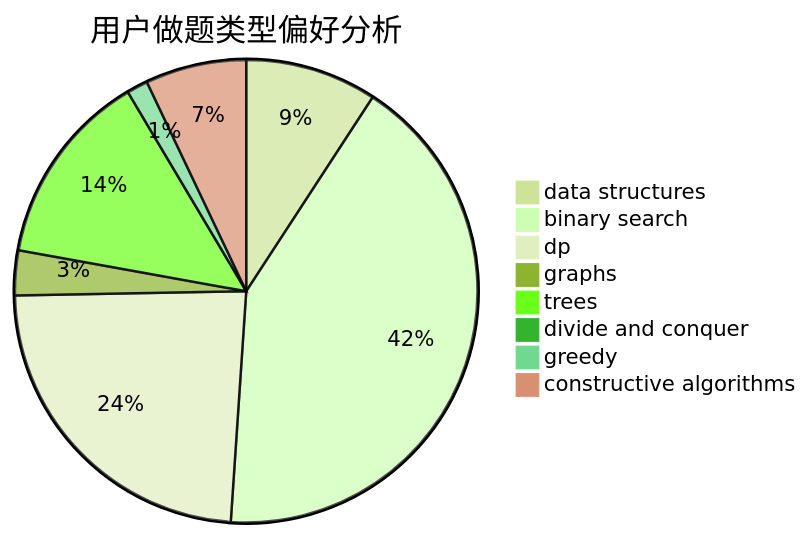
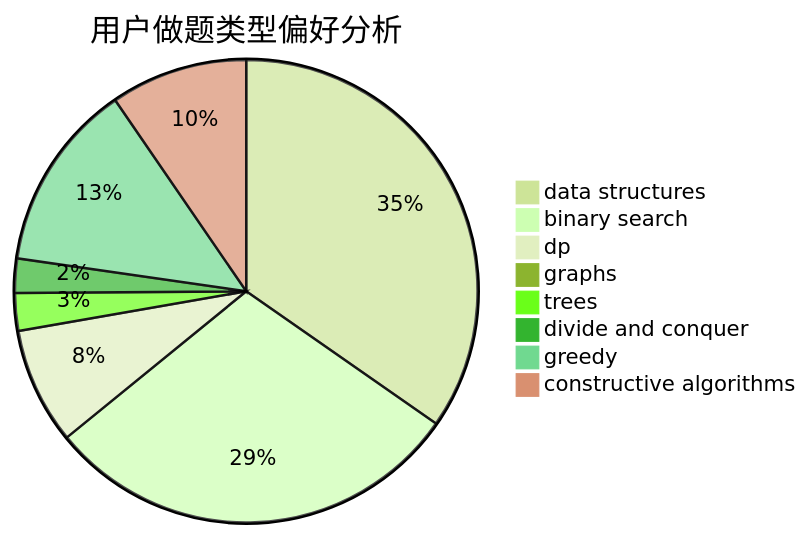
The second of 3 diagrams in docs/user/u2514.md (sherpahu/cfrs.github.io), drawn with Mermaid (forest theme) before and after one commit. The commit also changed other lines of this file and 2770 other files, not shown here.

````diff
--- a/docs/user/u2514.md
+++ b/docs/user/u2514.md
@@ -23,11 +23,11 @@
 ```mermaid
 pie title 用户做题类型偏好分析
-    "data structures" :  56
-    "binary search" :  255
-    "dp" :  144
-    "graphs" :  19
-    "trees" :  83
-    "divide and conquer" :  0
-    "greedy" :  9
-    "constructive algorithms" :  43
+    "data structures" :  145
+    "binary search" :  123
+    "dp" :  34
+    "graphs" :  0
+    "trees" :  11
+    "divide and conquer" :  10
+    "greedy" :  55
+    "constructive algorithms" :  40
 ```
````
